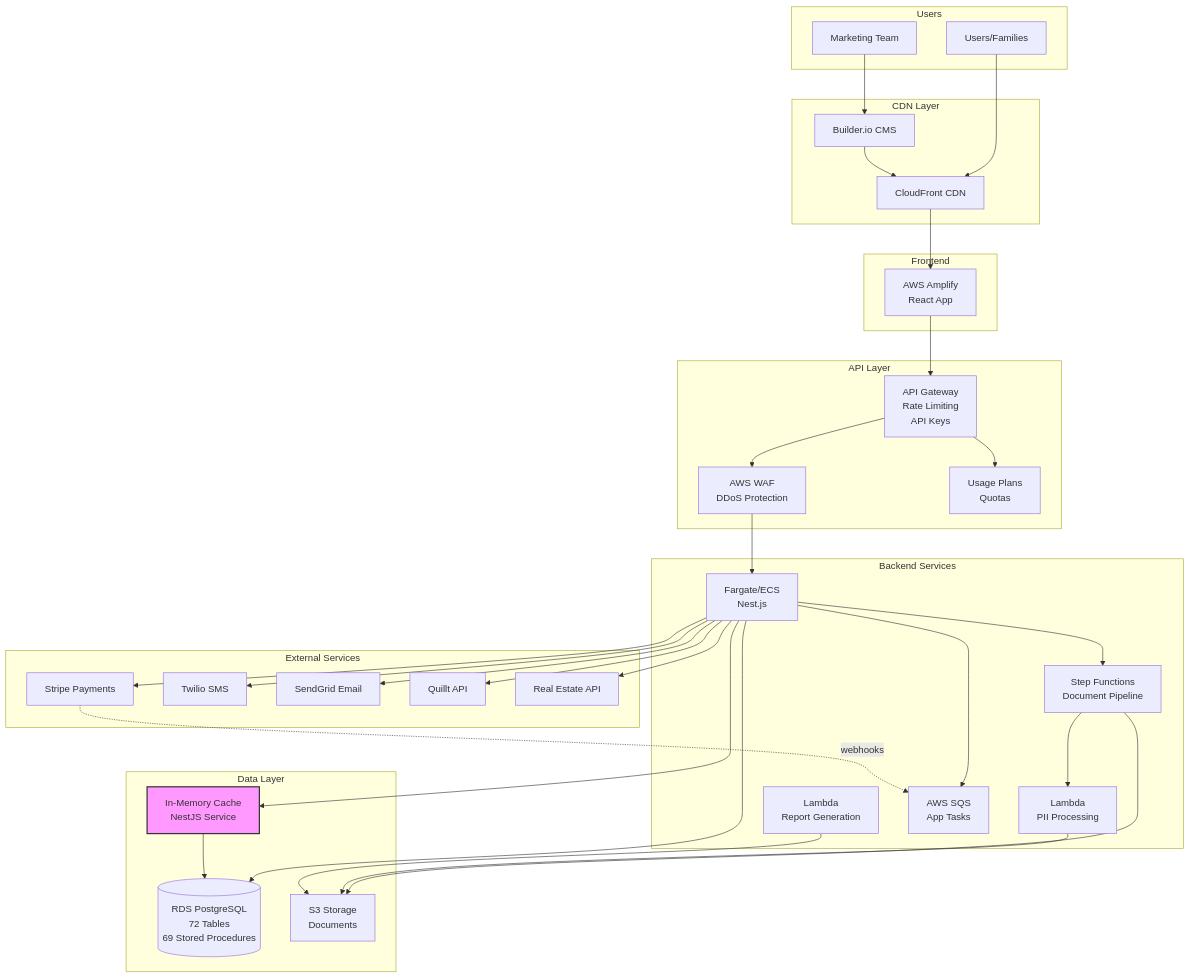
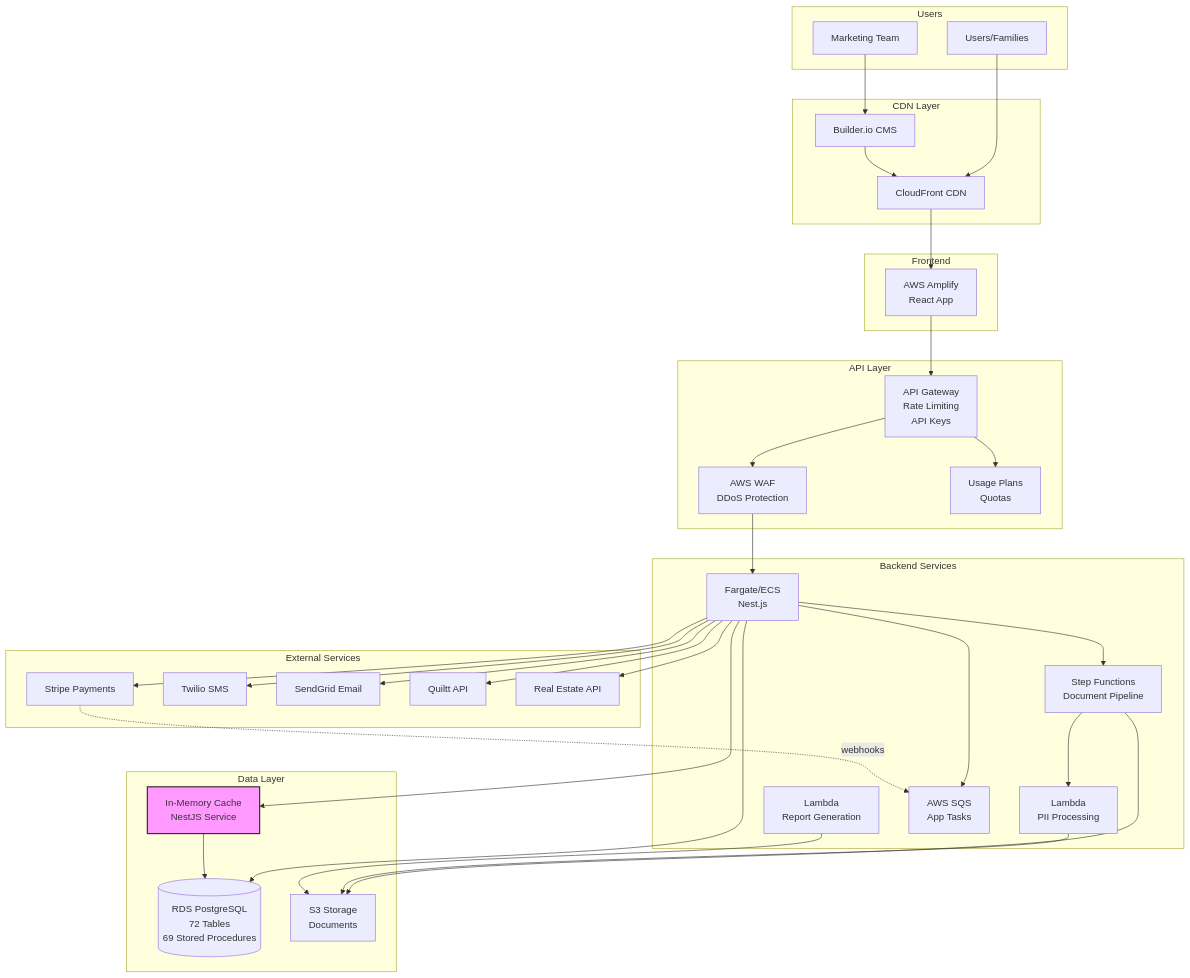
The first of 8 diagrams in docs/architecture.md (thseitz/FWD-INH), drawn with Mermaid before and after one commit. The commit also changed other lines of this file and 22 other files, not shown here.

First line of the commit message:
fix: comprehensive Quiltt API service name spelling correction

````diff
--- a/docs/architecture.md
+++ b/docs/architecture.md
@@ -487,67 +487,67 @@
 ```mermaid
 graph TB
     subgraph "Users"
         U[Users/Families]
         M[Marketing Team]
     end
     
     subgraph "CDN Layer"
         CF[CloudFront CDN]
         B[Builder.io CMS]
     end
     
     subgraph "Frontend"
         AMP[AWS Amplify<br/>React App]
     end
     
     subgraph "API Layer"
         AG[API Gateway<br/>Rate Limiting<br/>API Keys]
         WAF[AWS WAF<br/>DDoS Protection]
         USAGE[Usage Plans<br/>Quotas]
     end
     
     subgraph "Backend Services"
         ECS[Fargate/ECS<br/>Nest.js]
         SF[Step Functions<br/>Document Pipeline]
         L1[Lambda<br/>PII Processing]
         L2[Lambda<br/>Report Generation]
         SQS[AWS SQS<br/>App Tasks]
     end
     
     subgraph "Data Layer"
         RDS[(RDS PostgreSQL<br/>72 Tables<br/>69 Stored Procedures)]
         S3[S3 Storage<br/>Documents]
         MEM[In-Memory Cache<br/>NestJS Service]
     end
     
     subgraph "External Services"
         ST[Stripe Payments]
         TW[Twilio SMS]
         SG[SendGrid Email]
-        Q[Quillt API]
+        Q[Quiltt API]
         RE[Real Estate API]
     end
     
     U --> CF --> AMP
     M --> B --> CF
     AMP --> AG
     AG --> USAGE
     AG --> WAF --> ECS
     ECS --> RDS
     ECS --> MEM
     MEM --> RDS
     ECS --> SF
     SF --> L1
     SF --> S3
     ECS --> SQS
     L1 --> S3
     L2 --> S3
     ECS --> ST
     ECS --> TW
     ECS --> SG
     ECS --> Q
     ECS --> RE
     ST -.->|webhooks| SQS
     
     style MEM fill:#f9f,stroke:#333,stroke-width:2px
 ```
````
